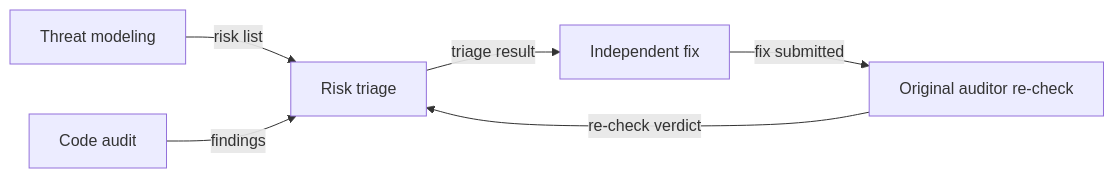
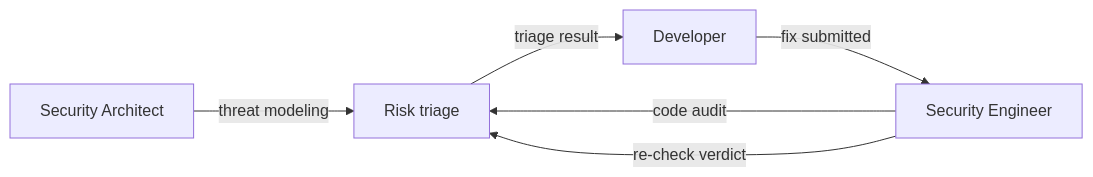
One commit to icylight/pi-tavern changed the fourth of 6 diagrams in README.en.md. Above: the diagram before and after it, drawn with Mermaid. The commit also changed other lines of this file and 1 other file, not shown here.

Commit message:
docs(readme): 团队示例角色职位化——5 列表拆「角色（谁参与）/协作流程（谁做什么）」+ Mermaid 节点改具体职位（产品经理/事故负责人/SRE/安全架构师/分诊员等，中英一致，User 指示）

````diff
--- a/README.en.md
+++ b/README.en.md
@@ -142,8 +142,8 @@
 ```mermaid
 flowchart LR
-    TM["Threat modeling"] -->|"risk list"| LG["Risk triage"]
-    CA["Code audit"] -->|"findings"| LG
-    LG -->|"triage result"| FX["Independent fix"]
-    FX -->|"fix submitted"| RV["Original auditor re-check"]
-    RV -->|"re-check verdict"| LG
+    SA["Security Architect"] -->|"threat modeling"| RT["Risk triage"]
+    SE["Security Engineer"] -->|"code audit"| RT
+    RT -->|"triage result"| DE["Developer"]
+    DE -->|"fix submitted"| SE
+    SE -->|"re-check verdict"| RT
 ```
````
